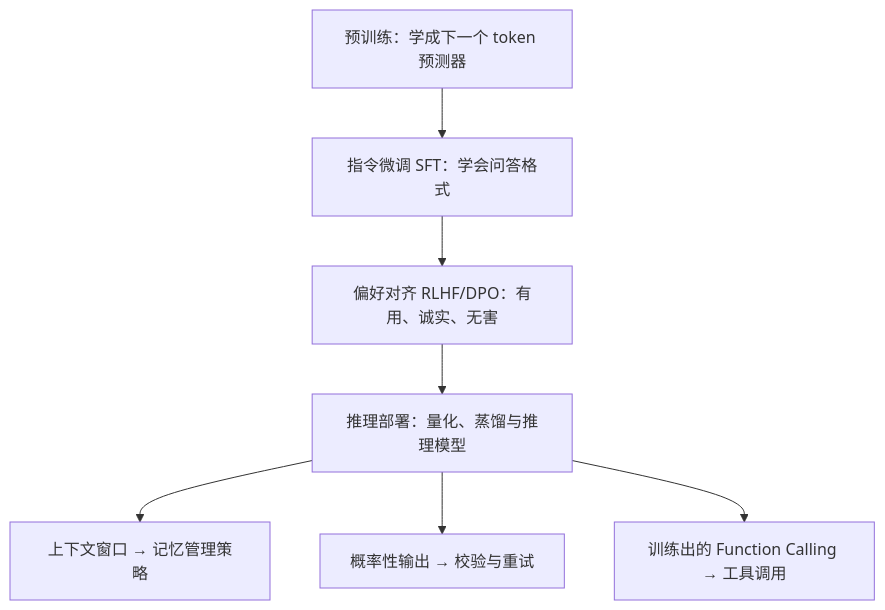
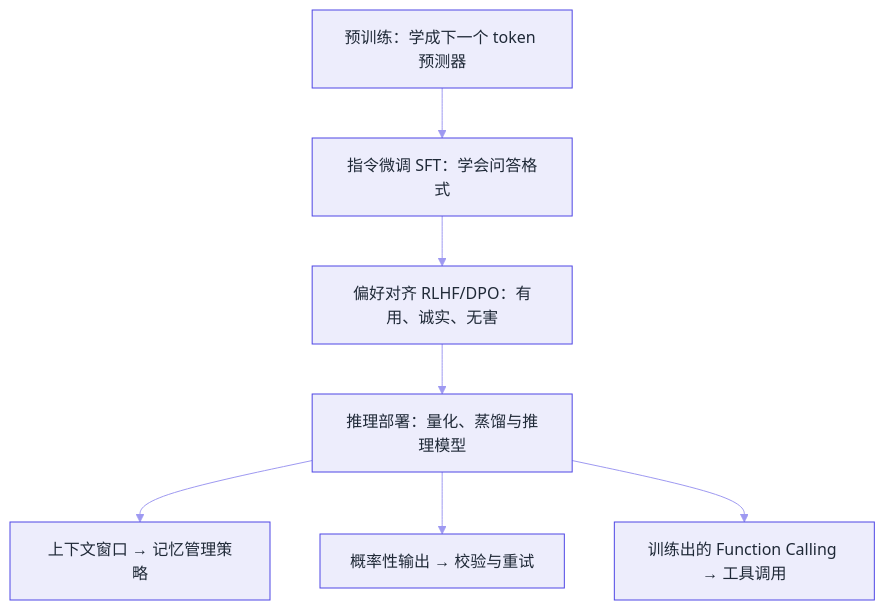
Before and after one commit to funny8kids/ai-agent-handbook: the diagram in docs/03-llm/README.md, drawn with Mermaid. The commit also changed 144 other files, not shown here.

First line of the commit message:
Theme all 154 Mermaid diagrams with per-chapter colors via %%{init}%% directives

````diff
--- a/docs/03-llm/README.md
+++ b/docs/03-llm/README.md
@@ -32,9 +32,10 @@
 ```mermaid
+%%{init: {"theme":"base","themeVariables":{"primaryColor":"#EDEDFC","primaryBorderColor":"#4F46E5","primaryTextColor":"#1F2937","secondaryColor":"#D8D6F9","tertiaryColor":"#F8F8FE","lineColor":"#9E99F1","actorBkg":"#F1F0FD","actorBorder":"#4F46E5","actorTextColor":"#1F2937","signalColor":"#847EED","noteBkgColor":"#DFDEFA","noteBorderColor":"#4F46E5","noteTextColor":"#1F2937","labelBoxBkgColor":"#EDEDFC","labelBoxBorderColor":"#4F46E5"}}}%%
 flowchart TD
     A["预训练：学成下一个 token 预测器"] --> B["指令微调 SFT：学会问答格式"]
     B --> C["偏好对齐 RLHF/DPO：有用、诚实、无害"]
     C --> D["推理部署：量化、蒸馏与推理模型"]
     D --> E["上下文窗口 → 记忆管理策略"]
     D --> F["概率性输出 → 校验与重试"]
     D --> G["训练出的 Function Calling → 工具调用"]
 ```
````
